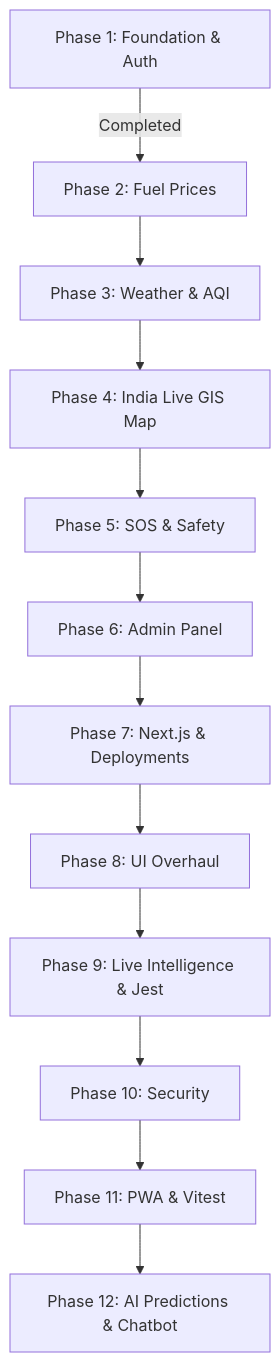
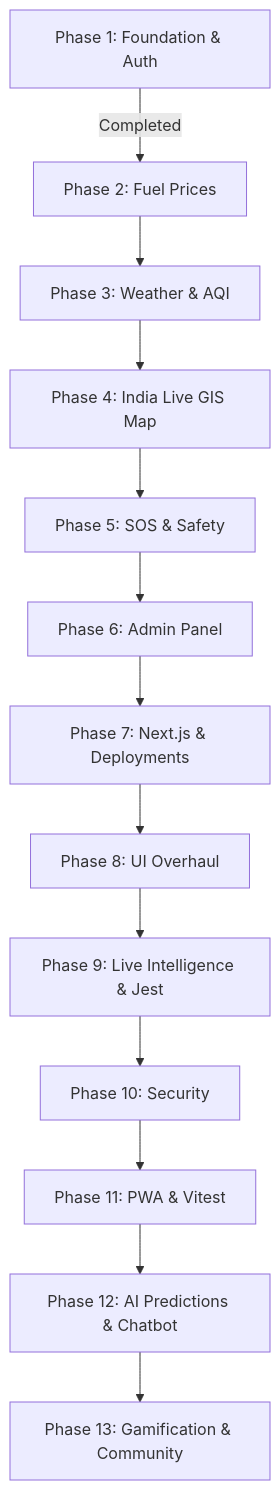
The diagram in README.md (sanjaikumarkaleeswaran/India_Live_Monitor), drawn with Mermaid before and after one commit. The commit also changed other lines of this file, not shown here.

Commit message:
docs: update README with gamification features

````diff
--- a/README.md
+++ b/README.md
@@ -126,14 +131,15 @@
 ```mermaid
 graph TD
   P1[Phase 1: Foundation & Auth] -->|Completed| P2[Phase 2: Fuel Prices]
   P2 --> P3[Phase 3: Weather & AQI]
   P3 --> P4[Phase 4: India Live GIS Map]
   P4 --> P5[Phase 5: SOS & Safety]
   P5 --> P6[Phase 6: Admin Panel]
   P6 --> P7[Phase 7: Next.js & Deployments]
   P7 --> P8[Phase 8: UI Overhaul]
   P8 --> P9[Phase 9: Live Intelligence & Jest]
   P9 --> P10[Phase 10: Security]
   P10 --> P11[Phase 11: PWA & Vitest]
   P11 --> P12[Phase 12: AI Predictions & Chatbot]
+  P12 --> P13[Phase 13: Gamification & Community]
 ```
````
